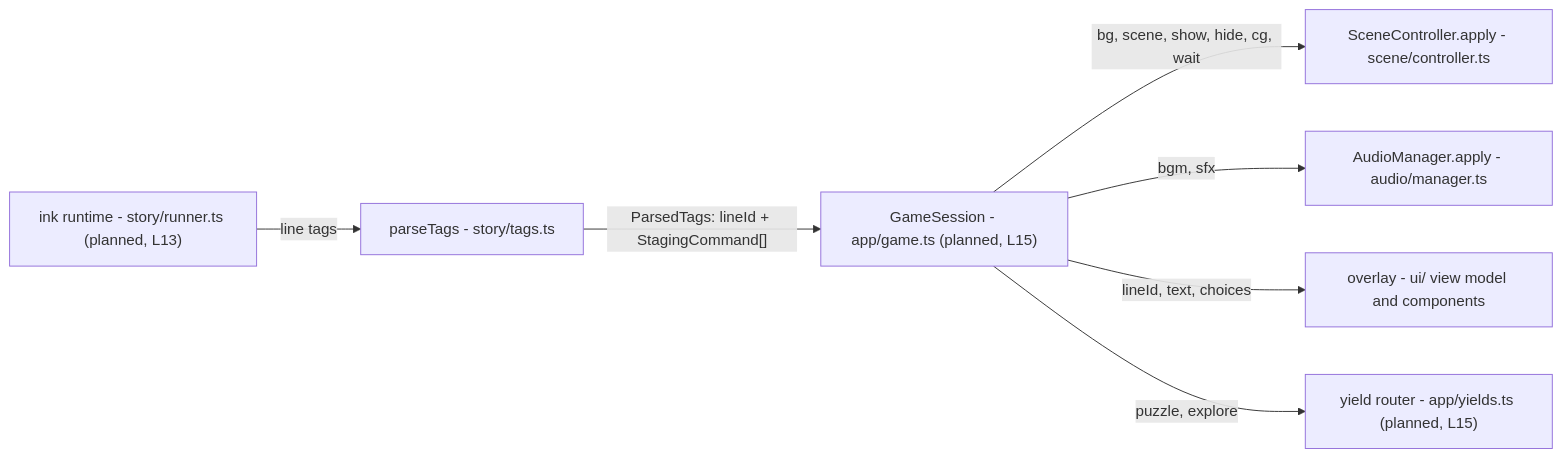
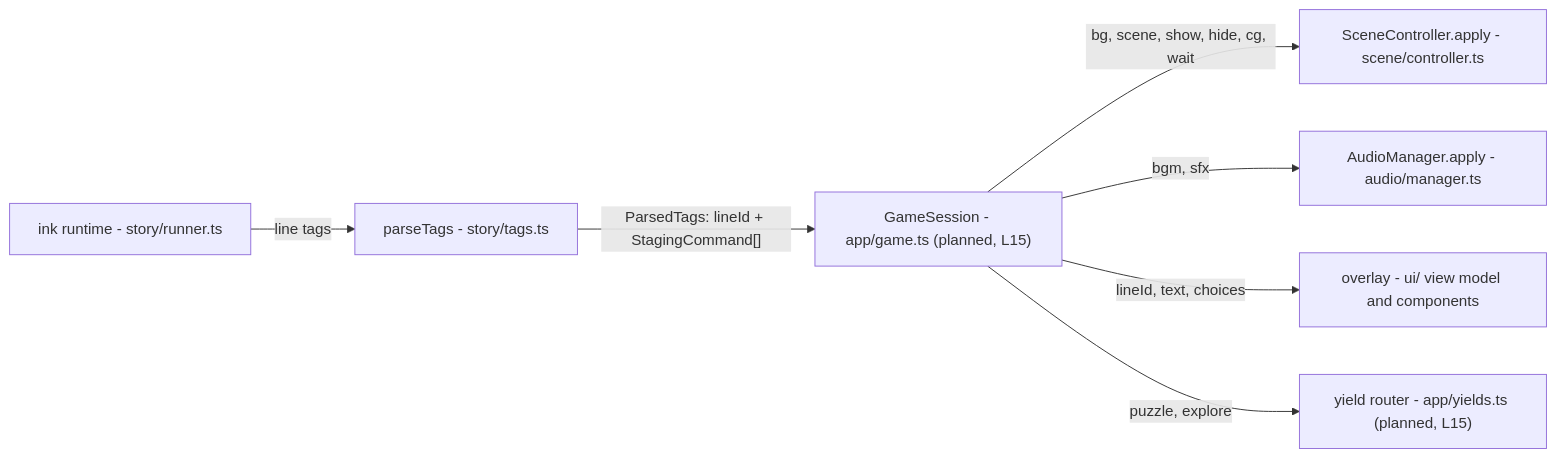
The second of 7 diagrams in docs/ARCHITECTURE.md (bluesteelll/tg-app-novel), drawn with Mermaid before and after one commit. The commit also changed other lines of this file and 1 other file, not shown here.

````diff
--- a/docs/ARCHITECTURE.md
+++ b/docs/ARCHITECTURE.md
@@ -111,9 +126,9 @@
 ```mermaid
 flowchart LR
-    I["ink runtime - story/runner.ts (planned, L13)"] -->|line tags| P["parseTags - story/tags.ts"]
+    I["ink runtime - story/runner.ts"] -->|line tags| P["parseTags - story/tags.ts"]
     P -->|"ParsedTags: lineId + StagingCommand[]"| G["GameSession - app/game.ts (planned, L15)"]
     G -->|"bg, scene, show, hide, cg, wait"| SC["SceneController.apply - scene/controller.ts"]
     G -->|"bgm, sfx"| AM["AudioManager.apply - audio/manager.ts"]
     G -->|"lineId, text, choices"| OV["overlay - ui/ view model and components"]
     G -->|"puzzle, explore"| Y["yield router - app/yields.ts (planned, L15)"]
 ```
````
